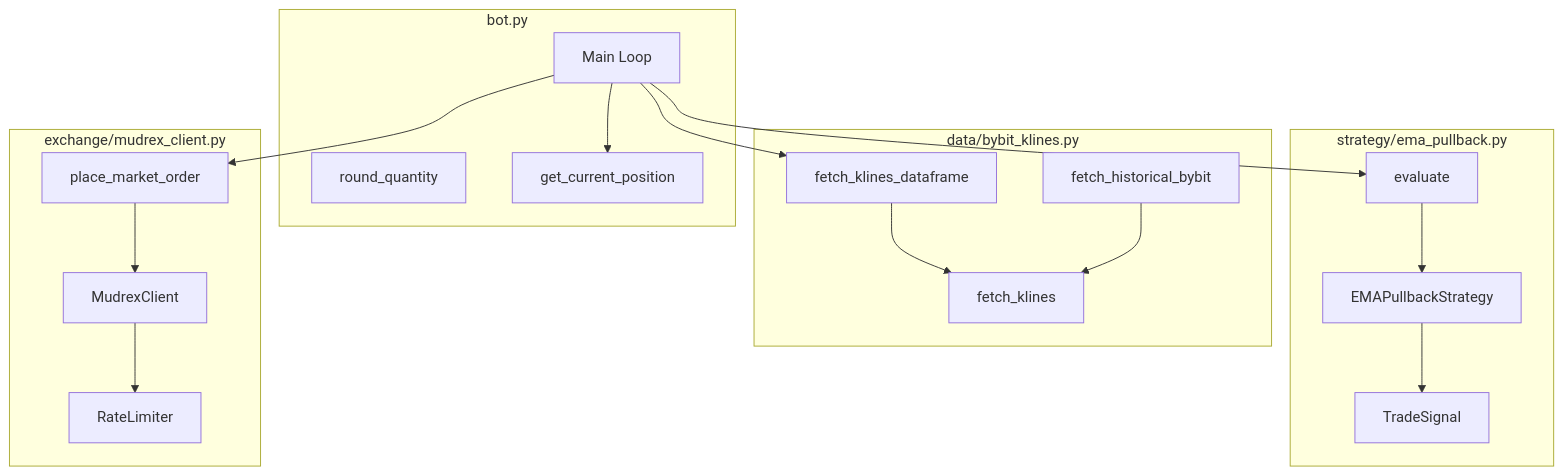
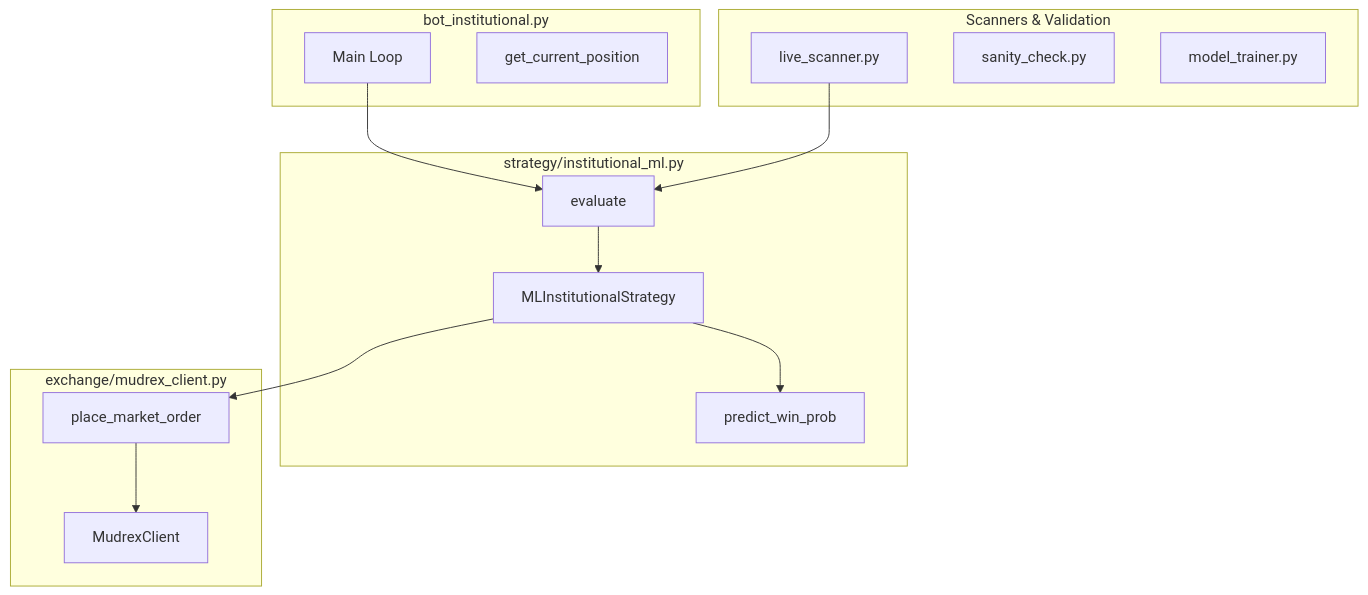
The fourth of 4 diagrams in README.md (DecentralizedJM/XAUT-EMA-Pullback-Strategy), drawn with Mermaid before and after one commit. The commit also changed other lines of this file and 17 other files, not shown here.

Commit message:
feat: Integrate 11-Filter Institutional ML strategy

````diff
--- a/README.md
+++ b/README.md
@@ -146,40 +132,31 @@
 ```mermaid
 flowchart TB
-    subgraph Bot [bot.py]
+    subgraph Scanners [Scanners & Validation]
+        LiveScan[live_scanner.py]
+        SanityCheck[sanity_check.py]
+        ModelTrainer[model_trainer.py]
+    end
+
+    subgraph Bot [bot_institutional.py]
         MainLoop[Main Loop]
-        RoundQty[round_quantity]
         GetPosition[get_current_position]
     end
 
-    subgraph Strategy [strategy/ema_pullback.py]
-        EMAPullback[EMAPullbackStrategy]
+    subgraph Strategy [strategy/institutional_ml.py]
+        MLStrategy[MLInstitutionalStrategy]
         Evaluate[evaluate]
-        Signal[TradeSignal]
-    end
-
-    subgraph Data [data/bybit_klines.py]
-        FetchKlines[fetch_klines]
-        FetchDataframe[fetch_klines_dataframe]
-        FetchHistorical[fetch_historical_bybit]
+        Predict[predict_win_prob]
     end
 
     subgraph Exchange [exchange/mudrex_client.py]
         MudrexClient[MudrexClient]
-        RateLimiter[RateLimiter]
         PlaceOrder[place_market_order]
     end
 
-    MainLoop --> FetchDataframe
-    MainLoop --> GetPosition
-    MainLoop --> PlaceOrder
     MainLoop --> Evaluate
-
-    Evaluate --> EMAPullback
-    EMAPullback --> Signal
-
-    FetchDataframe --> FetchKlines
-    FetchHistorical --> FetchKlines
-
+    Evaluate --> MLStrategy
+    MLStrategy --> Predict
+    MLStrategy --> PlaceOrder
     PlaceOrder --> MudrexClient
-    MudrexClient --> RateLimiter
+    LiveScan --> Evaluate
 ```
````
